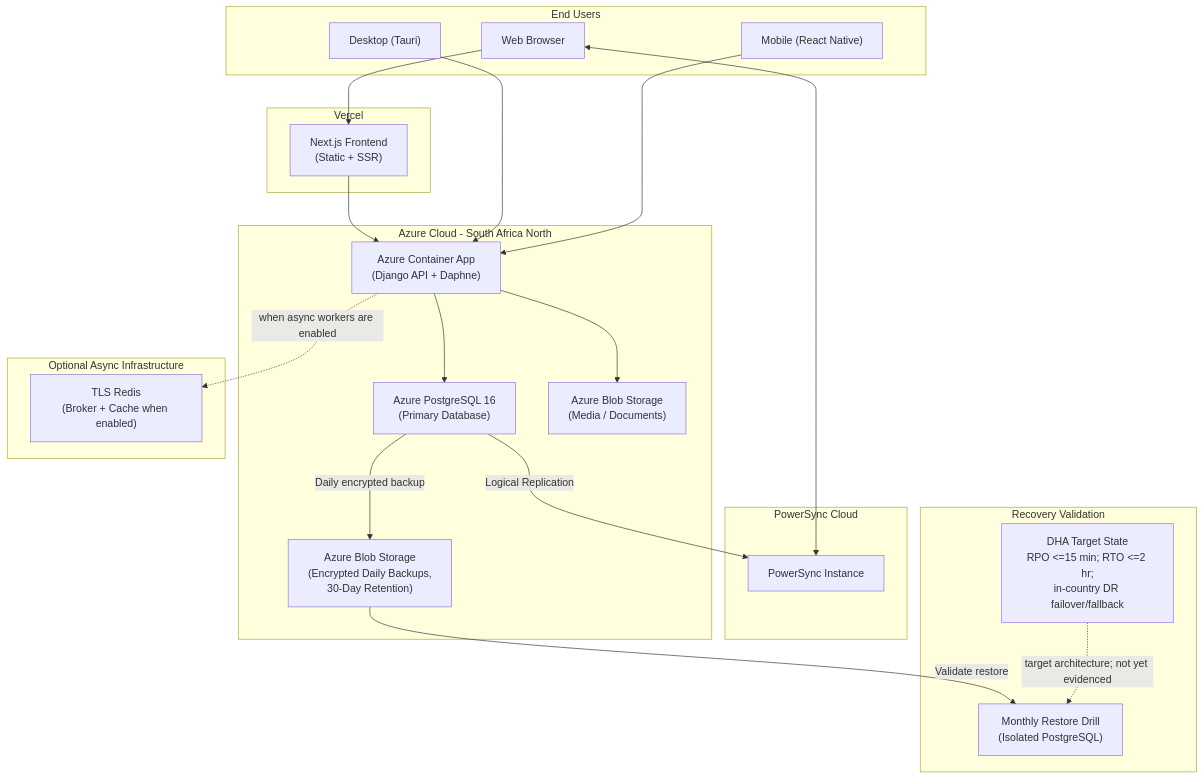
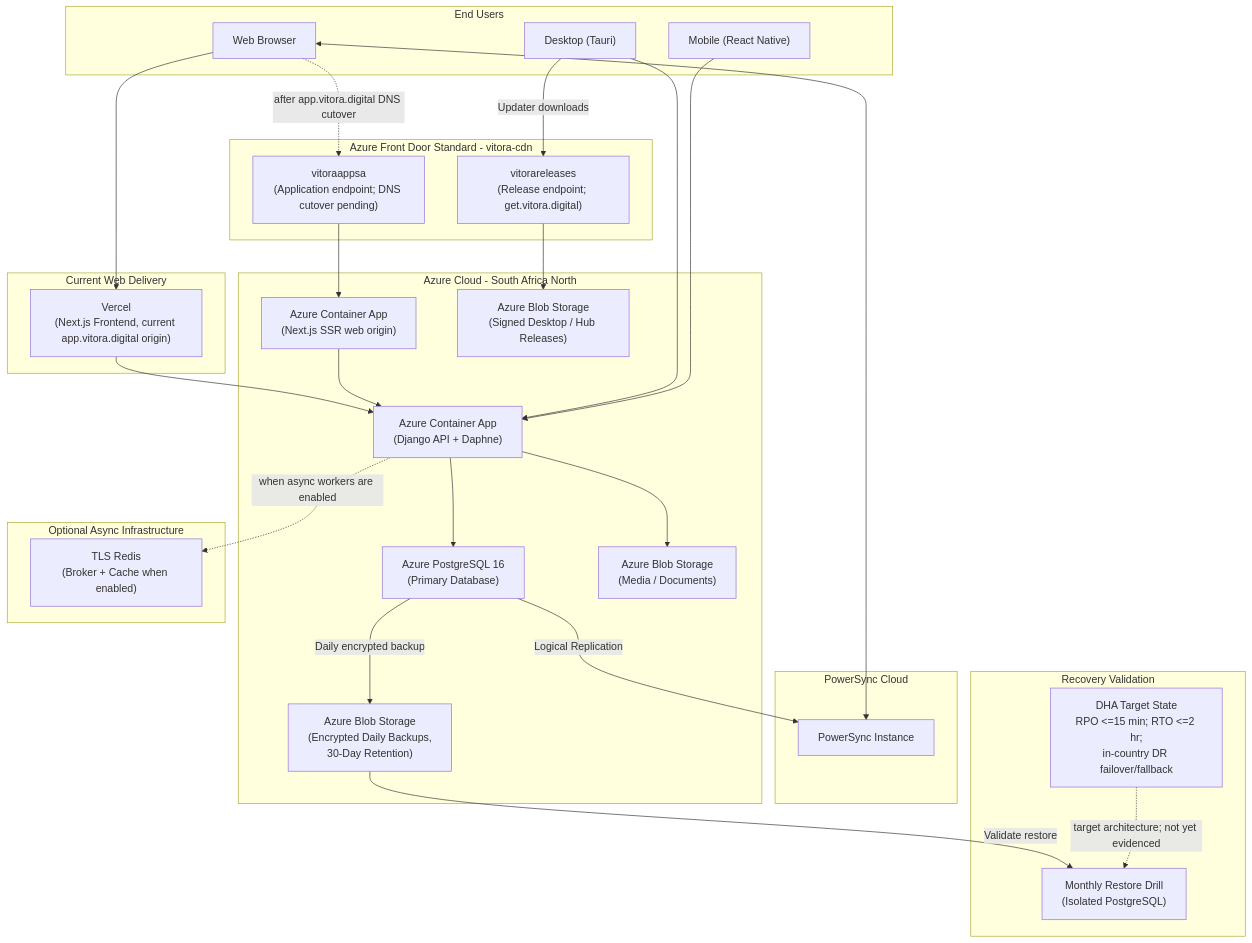
One commit to nexora-africa-ltd/vitora changed diagram 20 of 20 in docs/architecture-diagrams.md. Above: the diagram before and after it, drawn with Mermaid. The commit also changed other lines of this file and 1 other file, not shown here.

First line of the commit message:
feat(infra): provision web Front Door and update architecture

````diff
--- a/docs/architecture-diagrams.md
+++ b/docs/architecture-diagrams.md
@@ -669,46 +714,58 @@
 ```mermaid
 graph TB
     subgraph Users["End Users"]
         BROWSER["Web Browser"]
         TAURI["Desktop (Tauri)"]
         MOBILE_APP["Mobile (React Native)"]
     end
 
-    subgraph Vercel["Vercel"]
-        VERCEL["Next.js Frontend<br/>(Static + SSR)"]
+    subgraph CurrentWeb["Current Web Delivery"]
+        VERCEL["Vercel<br/>(Next.js Frontend, current app.vitora.digital origin)"]
+    end
+
+    subgraph FrontDoor["Azure Front Door Standard - vitora-cdn"]
+        AFD_APP["vitoraappsa<br/>(Application endpoint; DNS cutover pending)"]
+        AFD_RELEASES["vitorareleases<br/>(Release endpoint; get.vitora.digital)"]
     end
 
     subgraph Azure["Azure Cloud - South Africa North"]
         ACA["Azure Container App<br/>(Django API + Daphne)"]
+        WEB_ACA["Azure Container App<br/>(Next.js SSR web origin)"]
         AZURE_PG["Azure PostgreSQL 16<br/>(Primary Database)"]
         STORAGE["Azure Blob Storage<br/>(Media / Documents)"]
         BACKUPS["Azure Blob Storage<br/>(Encrypted Daily Backups,<br/>30-Day Retention)"]
+        RELEASES["Azure Blob Storage<br/>(Signed Desktop / Hub Releases)"]
     end
 
     subgraph PowerSyncCloud["PowerSync Cloud"]
         PS_INSTANCE["PowerSync Instance"]
     end
 
     subgraph Async["Optional Async Infrastructure"]
         REDIS_INST["TLS Redis<br/>(Broker + Cache when enabled)"]
     end
 
     subgraph DR["Recovery Validation"]
         RESTORE["Monthly Restore Drill<br/>(Isolated PostgreSQL)"]
         DHA_TARGET["DHA Target State<br/>RPO <=15 min; RTO <=2 hr;<br/>in-country DR failover/fallback"]
     end
 
     BROWSER --> VERCEL
     VERCEL --> ACA
+    BROWSER -. "after app.vitora.digital DNS cutover" .-> AFD_APP
+    AFD_APP --> WEB_ACA
+    WEB_ACA --> ACA
     BROWSER <--> PS_INSTANCE
     TAURI --> ACA
     MOBILE_APP --> ACA
+    TAURI -->|"Updater downloads"| AFD_RELEASES
+    AFD_RELEASES --> RELEASES
 
     ACA --> AZURE_PG
     ACA -. "when async workers are enabled" .-> REDIS_INST
     ACA --> STORAGE
     AZURE_PG -->|"Logical Replication"| PS_INSTANCE
     AZURE_PG -->|"Daily encrypted backup"| BACKUPS
     BACKUPS -->|"Validate restore"| RESTORE
     DHA_TARGET -. "target architecture; not yet evidenced" .-> RESTORE
 ```
````
